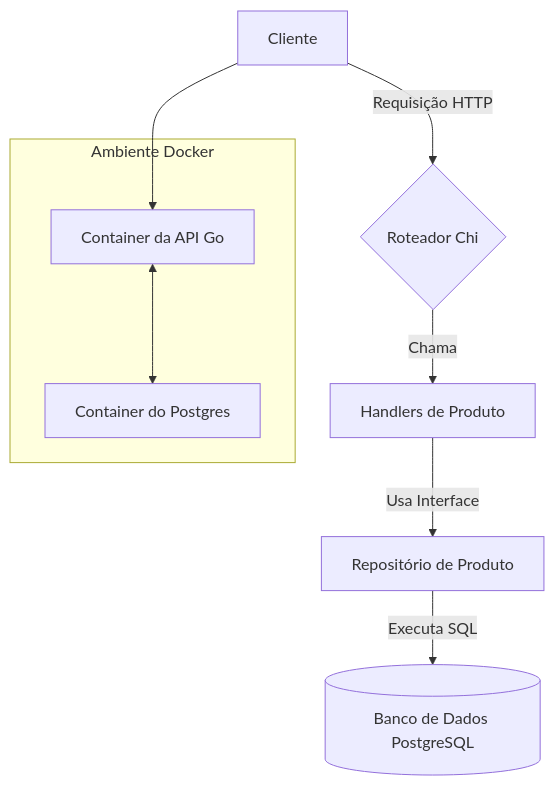
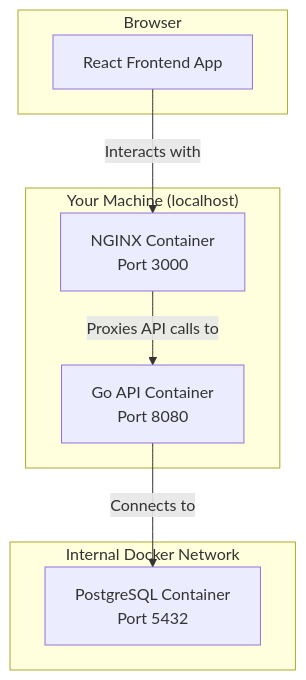
Before and after one commit to Maria-Leiliane/go-ecommerce-base: the diagram in README.pt-br.md, drawn with Mermaid. The commit also changed other lines of this file and 1 other file, not shown here.

````diff
--- a/README.pt-br.md
+++ b/README.pt-br.md
@@ -32,13 +34,19 @@
 ```mermaid
 graph TD
-    A[Cliente] -- Requisição HTTP --> B{Roteador Chi};
-    B -- Chama --> C[Handlers de Produto];
-    C -- Usa Interface --> D[Repositório de Produto];
-    D -- Executa SQL --> E[(Banco de Dados PostgreSQL)];
-    subgraph Ambiente Docker
-        F[Container da API Go]
-        G[Container do Postgres]
-        F <--> G
+    subgraph Browser
+        A[React Frontend App]
     end
-    A --> F
+
+    subgraph "Your Machine (localhost)"
+        B[NGINX Container <br> Port 3000]
+        C[Go API Container <br> Port 8080]
+    end
+
+    subgraph "Internal Docker Network"
+        D[PostgreSQL Container <br> Port 5432]
+    end
+    
+    A -- Interacts with --> B;
+    B -- Proxies API calls to --> C;
+    C -- Connects to --> D;
 ```
````
